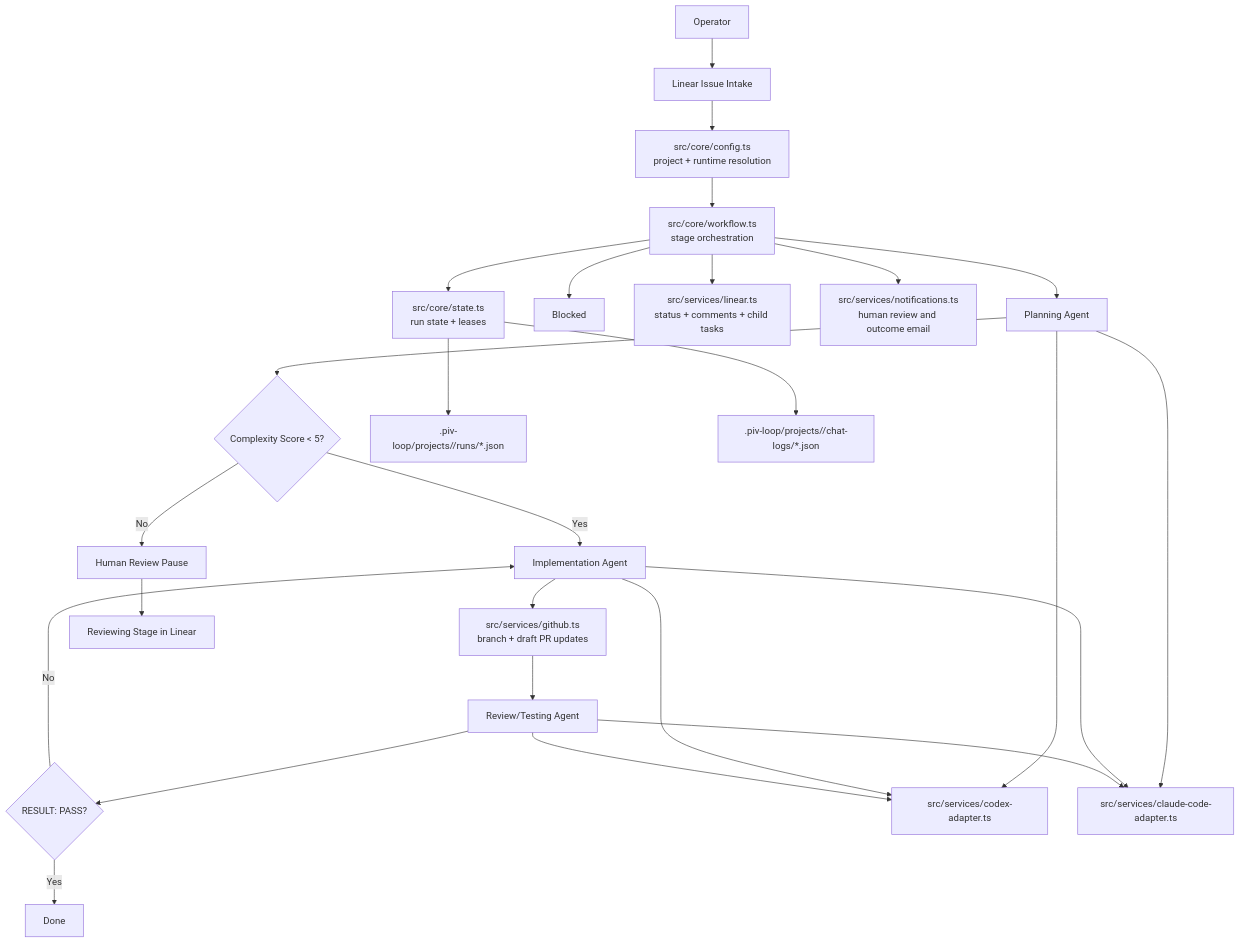
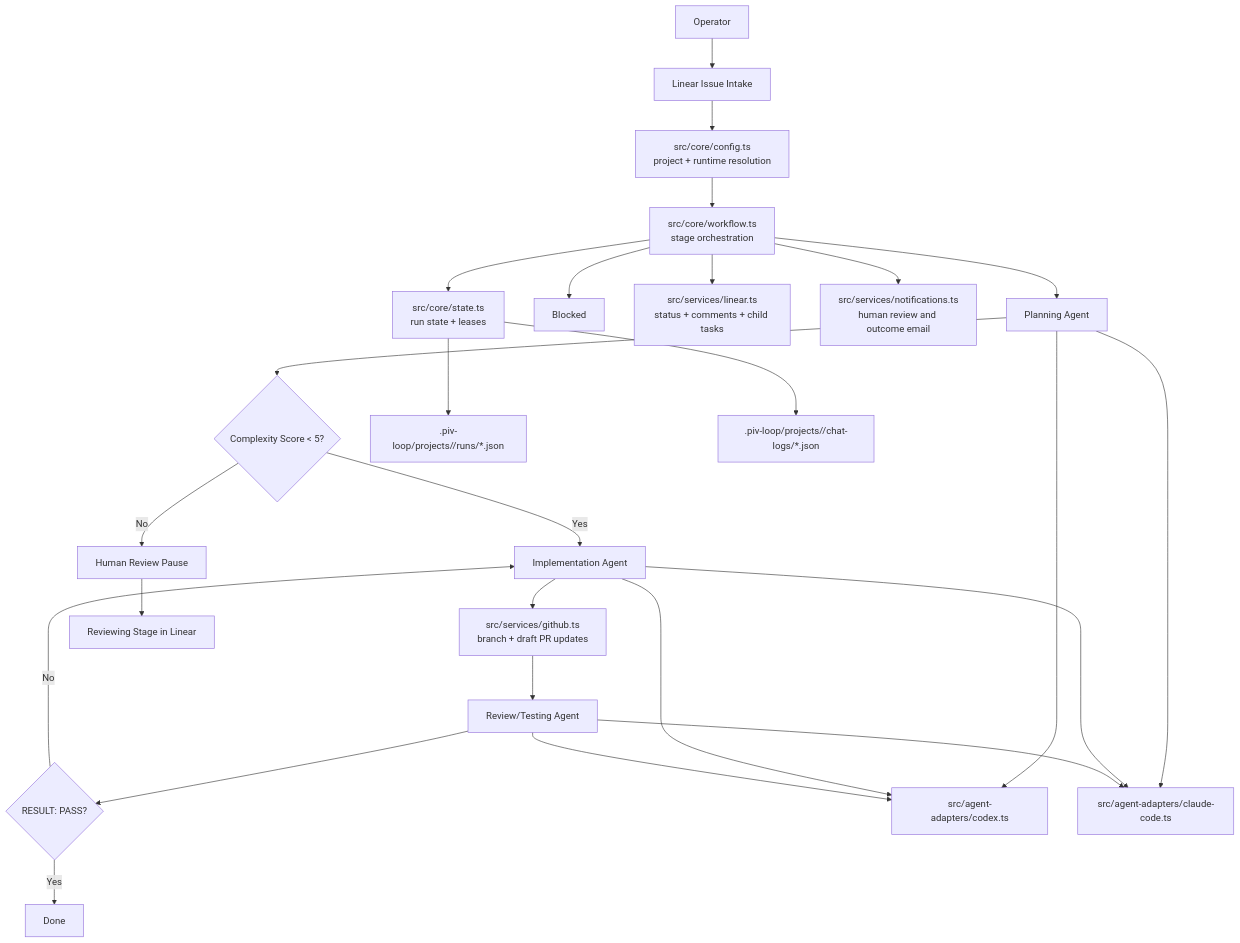
The diagram in ARCHITECTURE.md (1997roylee/devos.ing), drawn with Mermaid before and after one commit. The commit also changed other lines of this file and 6 other files, not shown here.

Commit message:
[adhd.ai] ROY-69: Create a dedicated folder for agent adapters

````diff
--- a/ARCHITECTURE.md
+++ b/ARCHITECTURE.md
@@ -31,36 +31,36 @@
 ```mermaid
 flowchart TD
     operator[Operator] --> linearIssue[Linear Issue Intake]
     linearIssue --> config[src/core/config.ts<br/>project + runtime resolution]
     config --> workflow[src/core/workflow.ts<br/>stage orchestration]
 
     workflow --> planning[Planning Agent]
     planning --> complexity{Complexity Score < 5?}
 
     complexity -->|Yes| implementing[Implementation Agent]
     complexity -->|No| humanReview[Human Review Pause]
 
     implementing --> github[src/services/github.ts<br/>branch + draft PR updates]
     github --> reviewTesting[Review/Testing Agent]
 
     reviewTesting --> reviewPass{RESULT: PASS?}
     reviewPass -->|No| implementing
     reviewPass -->|Yes| done[Done]
 
     workflow --> blocked[Blocked]
     humanReview --> reviewingStage[Reviewing Stage in Linear]
 
     workflow --> linearSvc[src/services/linear.ts<br/>status + comments + child tasks]
     workflow --> notify[src/services/notifications.ts<br/>human review and outcome email]
     workflow --> state[src/core/state.ts<br/>run state + leases]
 
     state --> runFiles[.piv-loop/projects/<project-id>/runs/*.json]
     state --> chatLogs[.piv-loop/projects/<project-id>/chat-logs/*.json]
 
-    planning --> codexAdapter[src/services/codex-adapter.ts]
-    planning --> claudeAdapter[src/services/claude-code-adapter.ts]
+    planning --> codexAdapter[src/agent-adapters/codex.ts]
+    planning --> claudeAdapter[src/agent-adapters/claude-code.ts]
     implementing --> codexAdapter
     implementing --> claudeAdapter
     reviewTesting --> codexAdapter
     reviewTesting --> claudeAdapter
 ```
````
